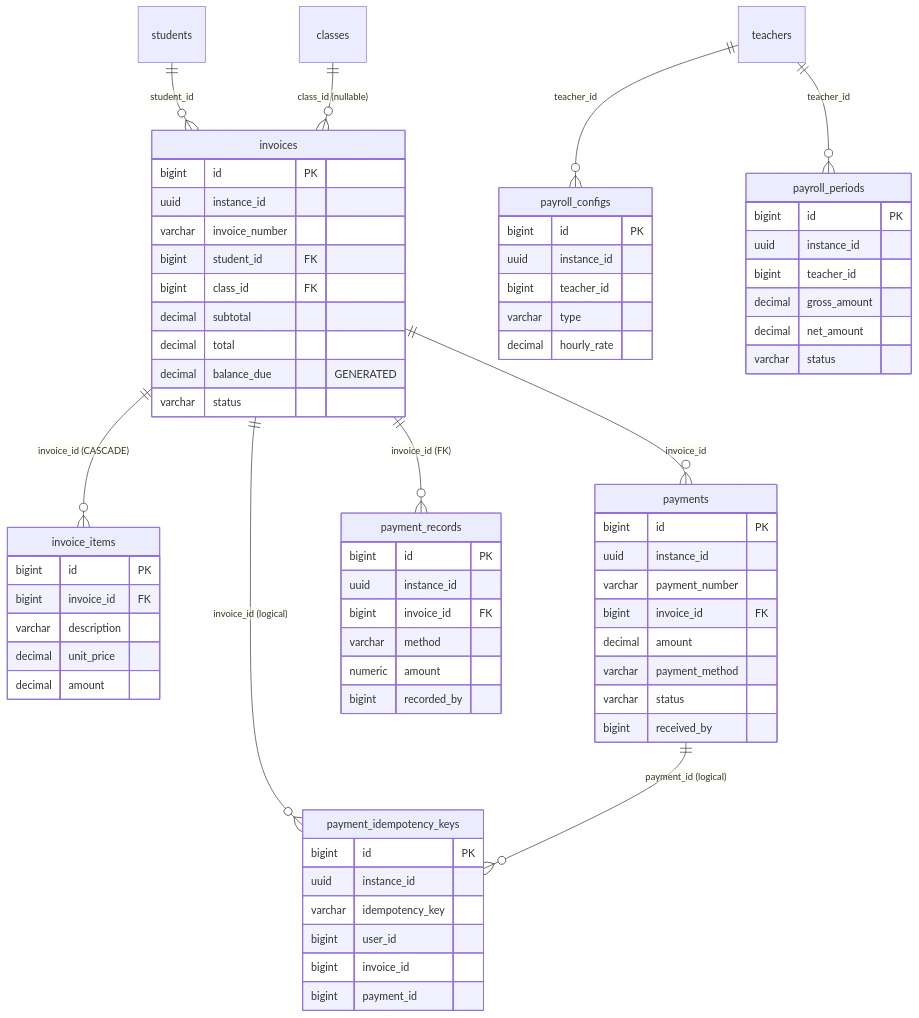
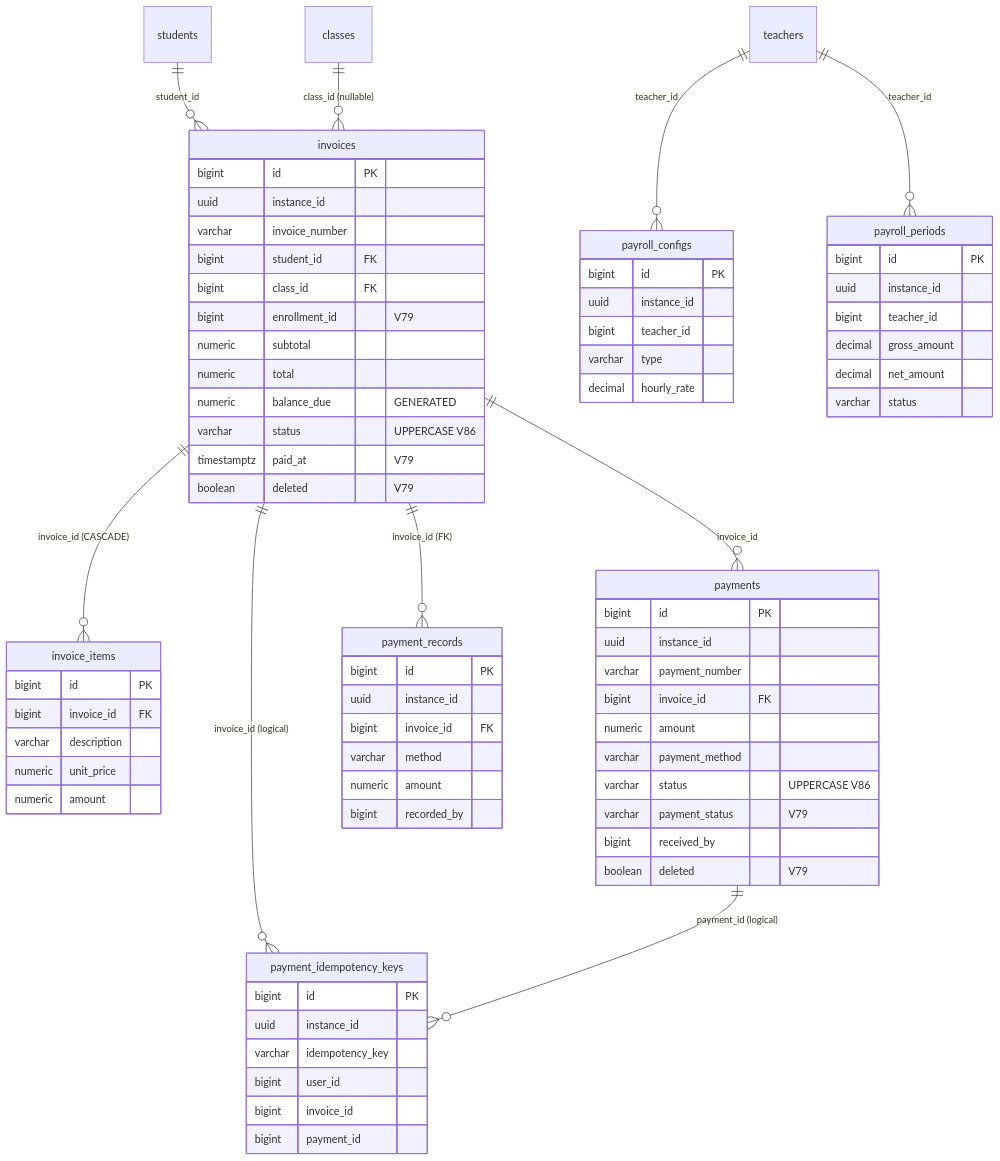
The diagram in documents/02-architecture/database/kiteclass/04-finance.md (VictorAurelius/2026-Kite-Class-Platform), drawn with Mermaid before and after one commit. The commit also changed other lines of this file and 66 other files, not shown here.

````diff
--- a/documents/02-architecture/database/kiteclass/04-finance.md
+++ b/documents/02-architecture/database/kiteclass/04-finance.md
@@ -26,72 +28,77 @@
 ```mermaid
 erDiagram
     students ||--o{ invoices : "student_id"
     classes  ||--o{ invoices : "class_id (nullable)"
     invoices ||--o{ invoice_items : "invoice_id (CASCADE)"
     invoices ||--o{ payments : "invoice_id"
     invoices ||--o{ payment_records : "invoice_id (FK)"
     invoices ||--o{ payment_idempotency_keys : "invoice_id (logical)"
     payments ||--o{ payment_idempotency_keys : "payment_id (logical)"
     teachers ||--o{ payroll_configs : "teacher_id"
     teachers ||--o{ payroll_periods : "teacher_id"
 
     invoices {
         bigint id PK
         uuid instance_id
         varchar invoice_number
         bigint student_id FK
         bigint class_id FK
-        decimal subtotal
-        decimal total
-        decimal balance_due "GENERATED"
-        varchar status
+        bigint enrollment_id "V79"
+        numeric subtotal
+        numeric total
+        numeric balance_due "GENERATED"
+        varchar status "UPPERCASE V86"
+        timestamptz paid_at "V79"
+        boolean deleted "V79"
     }
     invoice_items {
         bigint id PK
         bigint invoice_id FK
         varchar description
-        decimal unit_price
-        decimal amount
+        numeric unit_price
+        numeric amount
     }
     payments {
         bigint id PK
         uuid instance_id
         varchar payment_number
         bigint invoice_id FK
-        decimal amount
+        numeric amount
         varchar payment_method
-        varchar status
+        varchar status "UPPERCASE V86"
+        varchar payment_status "V79"
         bigint received_by
+        boolean deleted "V79"
     }
     payment_records {
         bigint id PK
         uuid instance_id
         bigint invoice_id FK
         varchar method
         numeric amount
         bigint recorded_by
     }
     payment_idempotency_keys {
         bigint id PK
         uuid instance_id
         varchar idempotency_key
         bigint user_id
         bigint invoice_id
         bigint payment_id
     }
     payroll_configs {
         bigint id PK
         uuid instance_id
         bigint teacher_id
         varchar type
         decimal hourly_rate
     }
     payroll_periods {
         bigint id PK
         uuid instance_id
         bigint teacher_id
         decimal gross_amount
         decimal net_amount
         varchar status
     }
 ```
````
